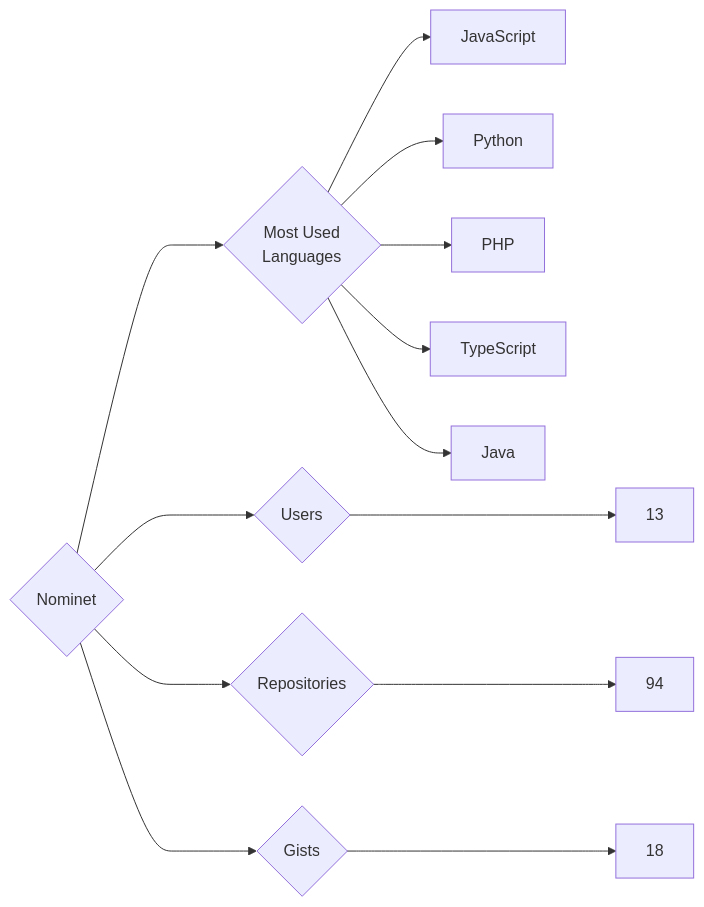
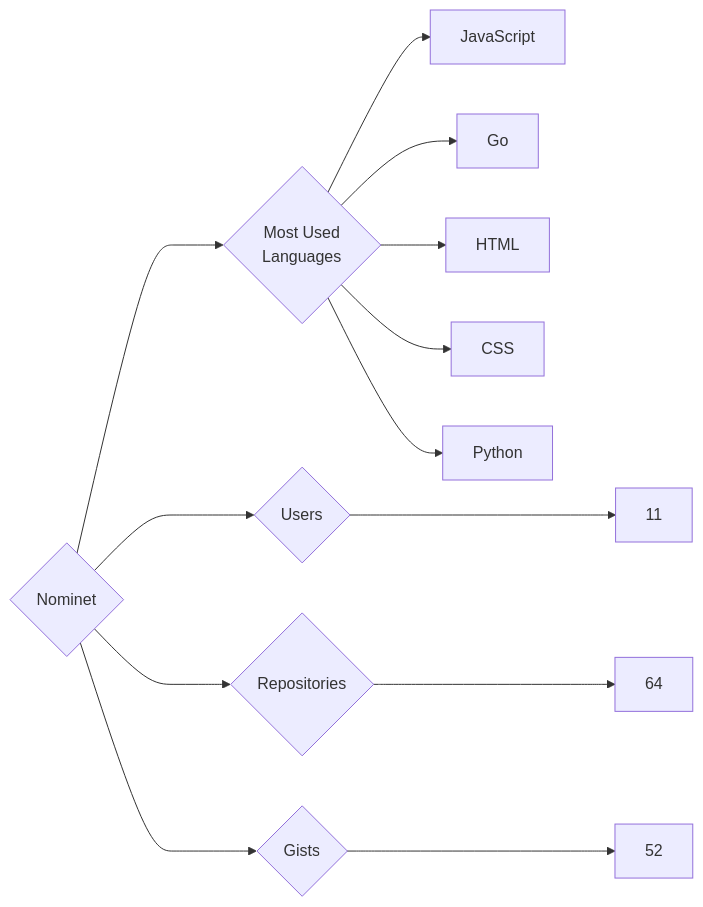
One commit to trickest/insiders changed the diagram in targets/Nominet/README.md. Above: the diagram before and after it, drawn with Mermaid. The commit also changed 582 other files, not shown here.

````diff
--- a/targets/Nominet/README.md
+++ b/targets/Nominet/README.md
@@ -3,13 +3,13 @@
 ```mermaid
 graph LR
 COMPANY_NAME{Nominet}
-COMPANY_NAME ---> U{Users} ---> UN[13]
-COMPANY_NAME ---> R{Repositories} ---> RN[94]
-COMPANY_NAME ---> G{Gists} ---> GN[18]
+COMPANY_NAME ---> U{Users} ---> UN[11]
+COMPANY_NAME ---> R{Repositories} ---> RN[64]
+COMPANY_NAME ---> G{Gists} ---> GN[52]
 COMPANY_NAME ---> ML{Most Used<br>Languages}
 ML --> JavaScript[JavaScript]
+ML --> Go[Go]
+ML --> HTML[HTML]
+ML --> CSS[CSS]
 ML --> Python[Python]
-ML --> PHP[PHP]
-ML --> TypeScript[TypeScript]
-ML --> Java[Java]
 ```
````
